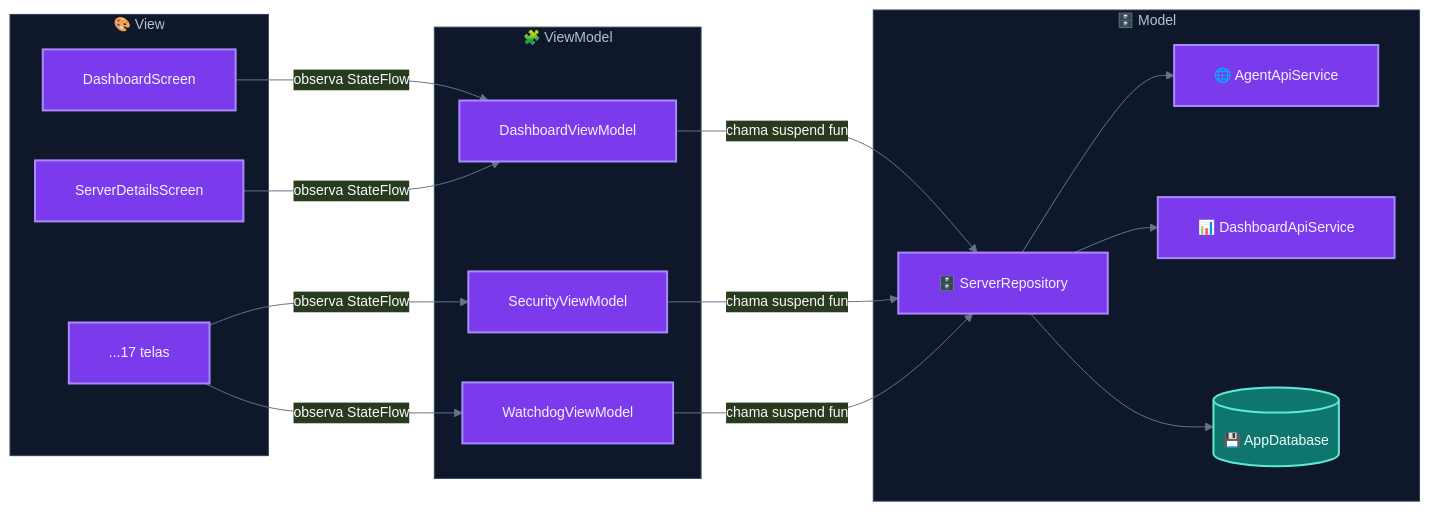
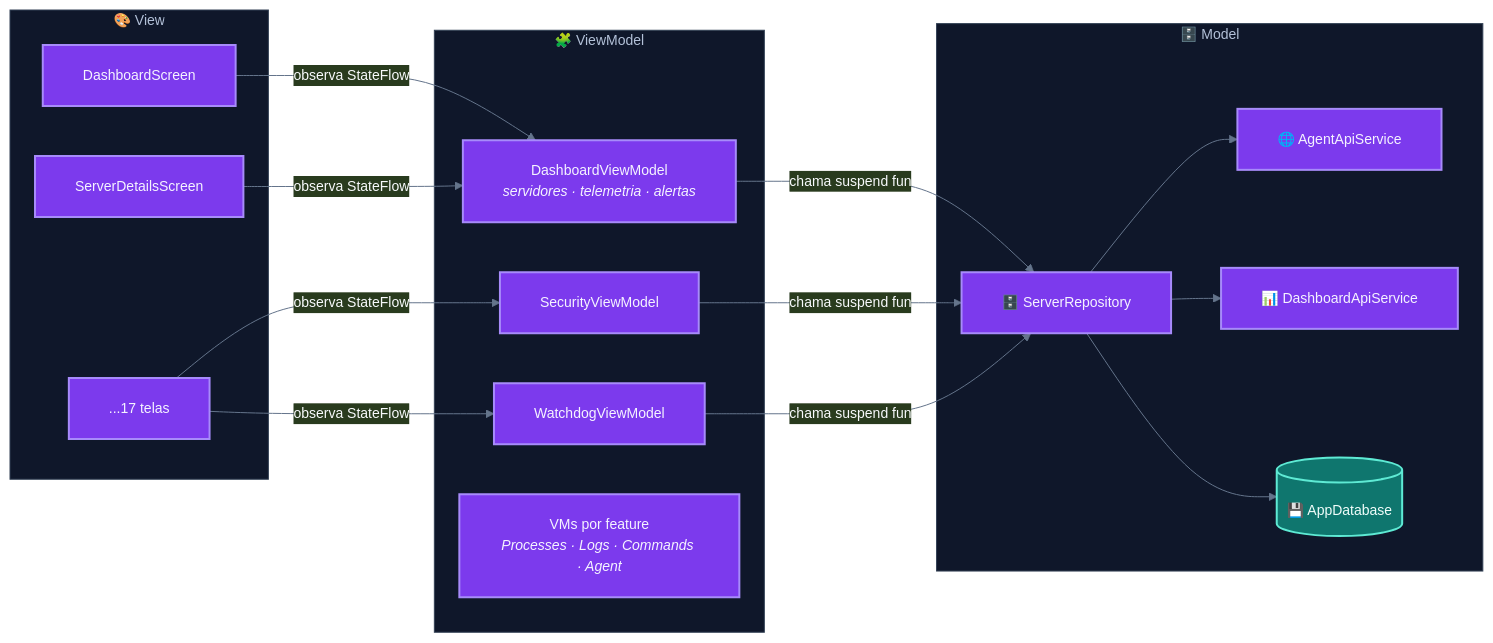
Before and after one commit to Munique-Feitoza/server-controller: the second of 15 diagrams in docs/ANDROID_APP.md, drawn with Mermaid. The commit also changed other lines of this file and 53 other files, not shown here.

````diff
--- a/docs/ANDROID_APP.md
+++ b/docs/ANDROID_APP.md
@@ -101,53 +101,54 @@
 ```mermaid
 %%{init: {
   "theme": "base",
   "themeVariables": {
     "fontFamily": "Inter, -apple-system, Segoe UI, sans-serif",
     "fontSize": "14px",
     "primaryColor": "#1e293b",
     "primaryTextColor": "#f8fafc",
     "primaryBorderColor": "#334155",
     "lineColor": "#64748b",
     "clusterBkg": "#0f172a",
     "clusterBorder": "#334155"
   },
   "flowchart": { "curve": "basis", "padding": 20 }
 }}%%
 graph LR
     subgraph view["🎨 View"]
         S1["DashboardScreen"]
         S2["ServerDetailsScreen"]
         S3["...17 telas"]
     end
 
     subgraph vm["🧩 ViewModel"]
-        VM1["DashboardViewModel"]
+        VM1["DashboardViewModel<br/><i>servidores · telemetria · alertas</i>"]
         VM2["SecurityViewModel"]
         VM3["WatchdogViewModel"]
+        VM4["VMs por feature<br/><i>Processes · Logs · Commands · Agent</i>"]
     end
 
     subgraph model["🗄️ Model"]
         R["🗄️ ServerRepository"]
         A["🌐 AgentApiService"]
         D["📊 DashboardApiService"]
         DB[("💾 AppDatabase")]
     end
 
     S1 -->|"observa StateFlow"| VM1
     S2 -->|"observa StateFlow"| VM1
     S3 -->|"observa StateFlow"| VM2
     S3 -->|"observa StateFlow"| VM3
 
     VM1 -->|"chama suspend fun"| R
     VM2 -->|"chama suspend fun"| R
     VM3 -->|"chama suspend fun"| R
 
     R --> A
     R --> D
     R --> DB
 
     classDef androidNode fill:#7c3aed,stroke:#a78bfa,stroke-width:2px,color:#f5f3ff
     classDef storeNode fill:#0f766e,stroke:#5eead4,stroke-width:2px,color:#f0fdfa
-    class S1,S2,S3,VM1,VM2,VM3,R,A,D androidNode
+    class S1,S2,S3,VM1,VM2,VM3,VM4,R,A,D androidNode
     class DB storeNode
 ```
````
